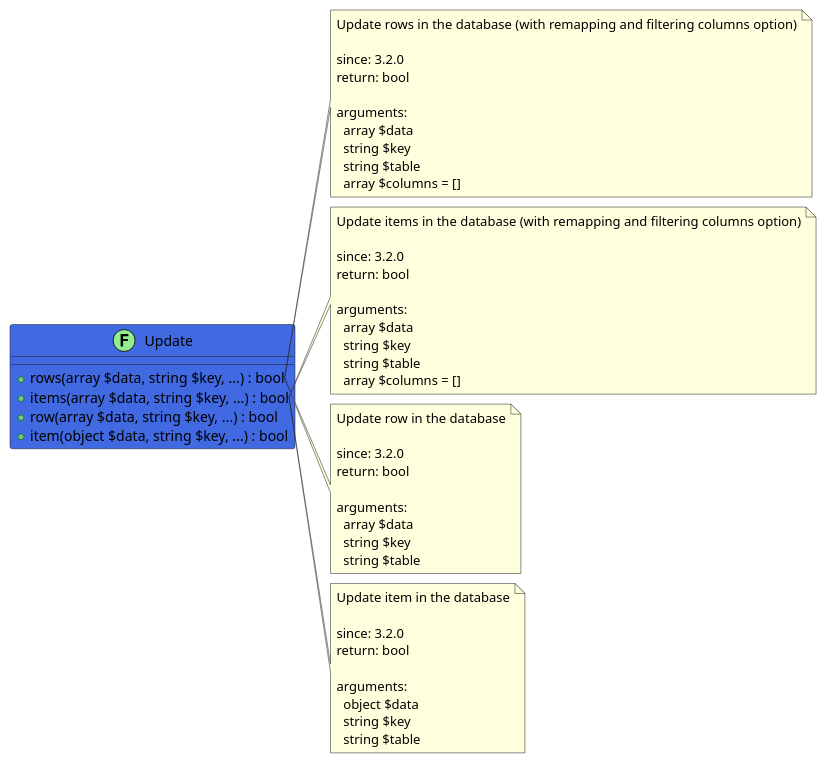
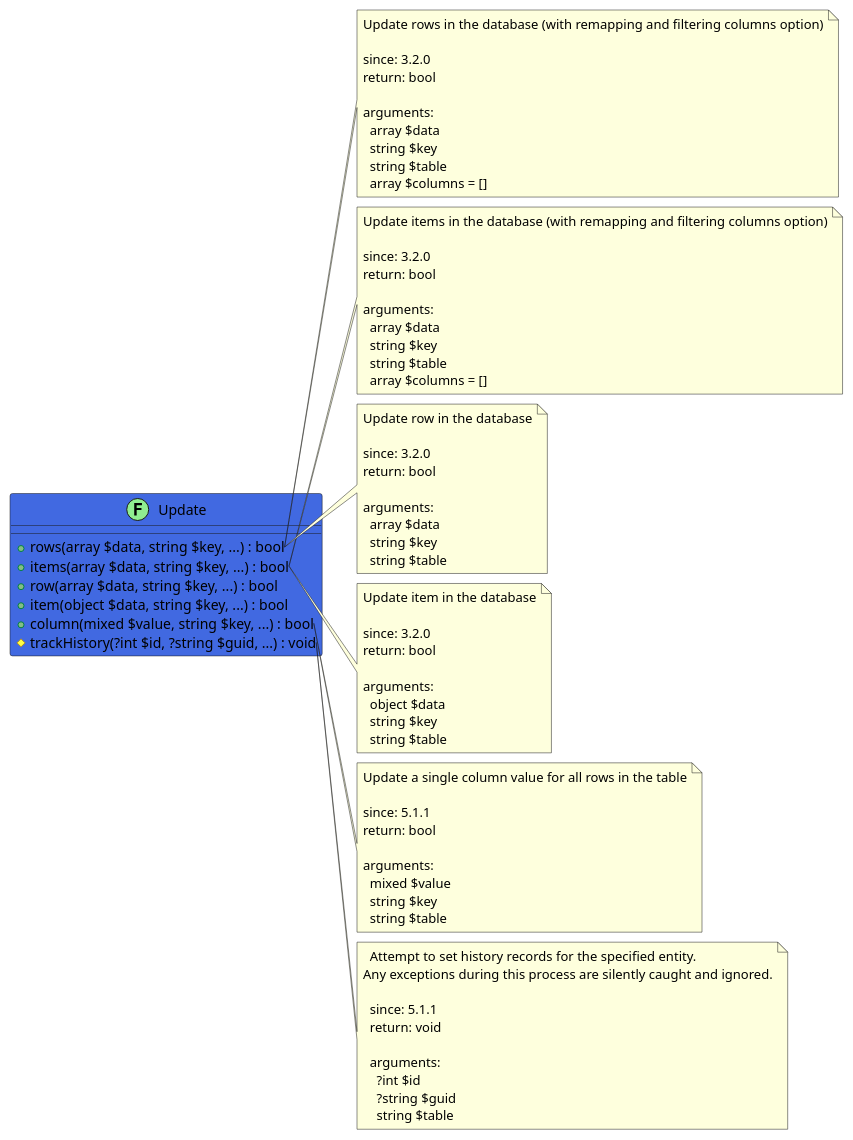
The diagram in src/cce56585-58b0-4f72-a92c-e2635ea52d83/README.md (joomengine/super-powers), drawn with PlantUML before and after one commit. The commit also changed other lines of this file and 238 other files, not shown here.

````diff
--- a/src/cce56585-58b0-4f72-a92c-e2635ea52d83/README.md
+++ b/src/cce56585-58b0-4f72-a92c-e2635ea52d83/README.md
@@ -13,10 +6,13 @@
 ```uml
 @startuml
+
 class Update << (F,LightGreen) >> #RoyalBlue {
   + rows(array $data, string $key, ...) : bool
   + items(array $data, string $key, ...) : bool
   + row(array $data, string $key, ...) : bool
   + item(object $data, string $key, ...) : bool
+  + column(mixed $value, string $key, ...) : bool
+  # trackHistory(?int $id, ?string $guid, ...) : void
 }
 
 note right of Update::rows
@@ -68,6 +64,31 @@
     string $key
     string $table
 end note
- 
+
+note right of Update::column
+  Update a single column value for all rows in the table
+
+  since: 5.1.1
+  return: bool
+  
+  arguments:
+    mixed $value
+    string $key
+    string $table
+end note
+
+note right of Update::trackHistory
+  Attempt to set history records for the specified entity.
+Any exceptions during this process are silently caught and ignored.
+
+  since: 5.1.1
+  return: void
+  
+  arguments:
+    ?int $id
+    ?string $guid
+    string $table
+end note
+
 @enduml
 ```
````
